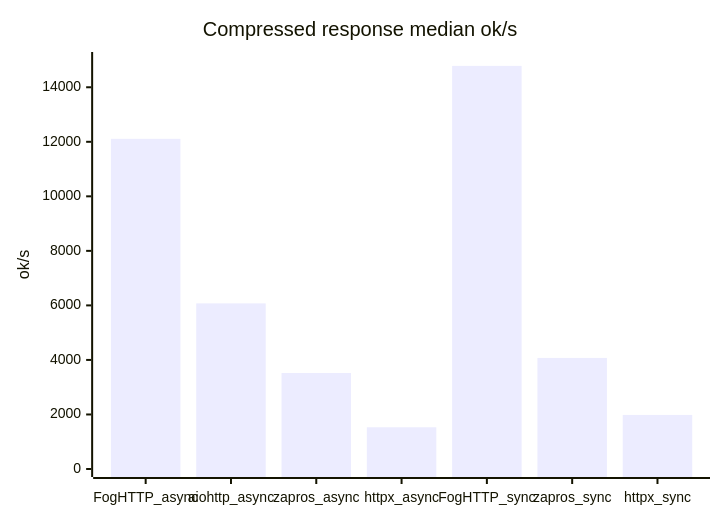
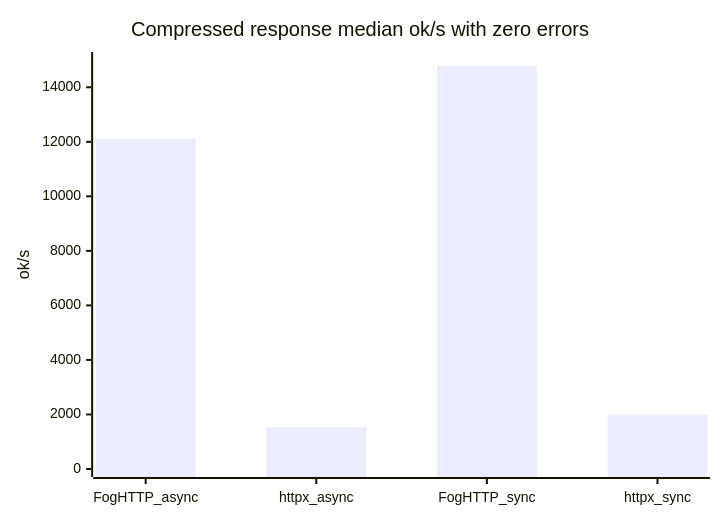
The eighth of 9 diagrams in docs/benchmarks.md (AmberFog/foghttp), drawn with Mermaid before and after one commit. The commit also changed other lines of this file and 4 other files, not shown here.

````diff
--- a/docs/benchmarks.md
+++ b/docs/benchmarks.md
@@ -272,7 +299,7 @@
 ```mermaid
 xychart-beta
-    title "Compressed response median ok/s"
-    x-axis [FogHTTP_async, aiohttp_async, zapros_async, httpx_async, FogHTTP_sync, zapros_sync, httpx_sync]
+    title "Compressed response median ok/s with zero errors"
+    x-axis [FogHTTP_async, httpx_async, FogHTTP_sync, httpx_sync]
     y-axis "ok/s" 0 --> 15000
-    bar [12109.4, 6073.2, 3521.2, 1531.1, 14783.6, 4073.8, 1982.9]
+    bar [12109.4, 1531.1, 14783.6, 1982.9]
 ```
````
